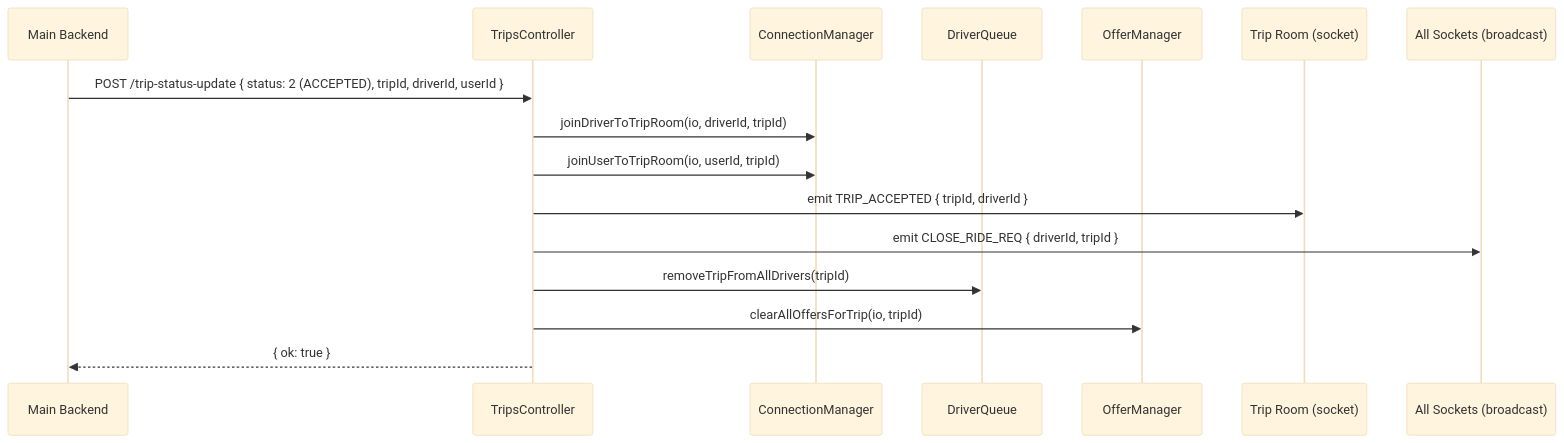
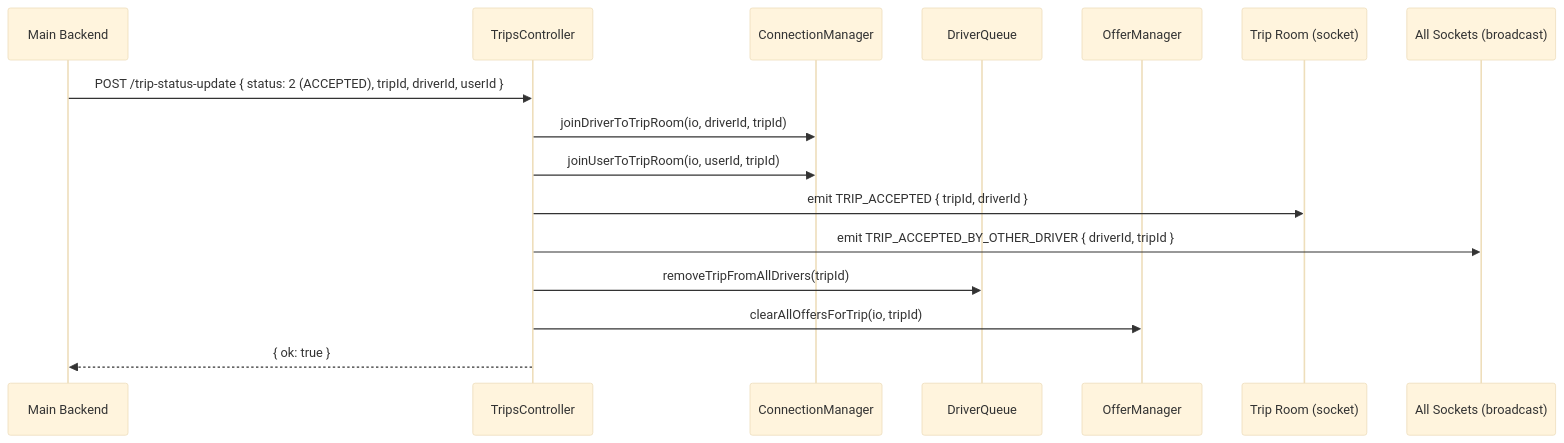
One commit to rahul-shaw18/loadgo-nestjs-server changed diagram 14 of 21 in DOCUMENTATION.md. Above: the diagram before and after it, drawn with Mermaid (base theme). The commit also changed other lines of this file and 4 other files, not shown here.

````diff
--- a/DOCUMENTATION.md
+++ b/DOCUMENTATION.md
@@ -761,21 +762,21 @@
 ```mermaid
 sequenceDiagram
     participant BE as Main Backend
     participant CTRL as TripsController
     participant CM as ConnectionManager
     participant DQ as DriverQueue
     participant OM as OfferManager
     participant Room as Trip Room (socket)
     participant All as All Sockets (broadcast)
 
     BE->>CTRL: POST /trip-status-update { status: 2 (ACCEPTED), tripId, driverId, userId }
 
     CTRL->>CM: joinDriverToTripRoom(io, driverId, tripId)
     CTRL->>CM: joinUserToTripRoom(io, userId, tripId)
     CTRL->>Room: emit TRIP_ACCEPTED { tripId, driverId }
-    CTRL->>All: emit CLOSE_RIDE_REQ { driverId, tripId }
+    CTRL->>All: emit TRIP_ACCEPTED_BY_OTHER_DRIVER { driverId, tripId }
     CTRL->>DQ: removeTripFromAllDrivers(tripId)
     CTRL->>OM: clearAllOffersForTrip(io, tripId)
 
     CTRL-->>BE: { ok: true }
 ```
````
